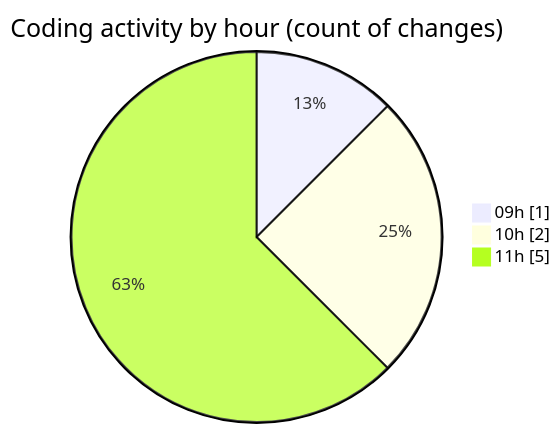
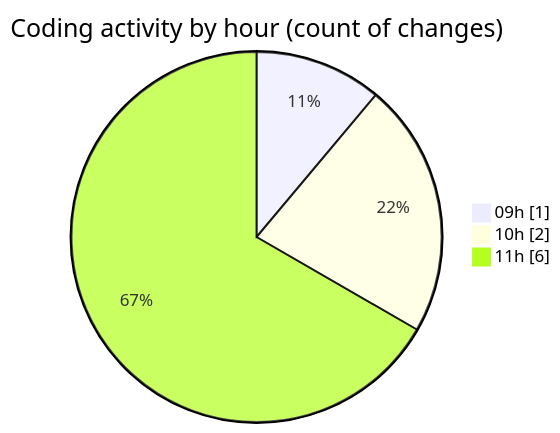
One commit to trdunsworth/code-tracking changed the second of 2 diagrams in 2025-03-28/synth_911data_gen/README.md. Above: the diagram before and after it, drawn with Mermaid. The commit also changed other lines of this file and 1 other file, not shown here.

````diff
--- a/2025-03-28/synth_911data_gen/README.md
+++ b/2025-03-28/synth_911data_gen/README.md
@@ -28,7 +30,7 @@
 ```mermaid
 pie showData
 title Coding activity by hour (count of changes)
 "09h" : 1
 "10h" : 2
-"11h" : 5
+"11h" : 6
 ```
````
